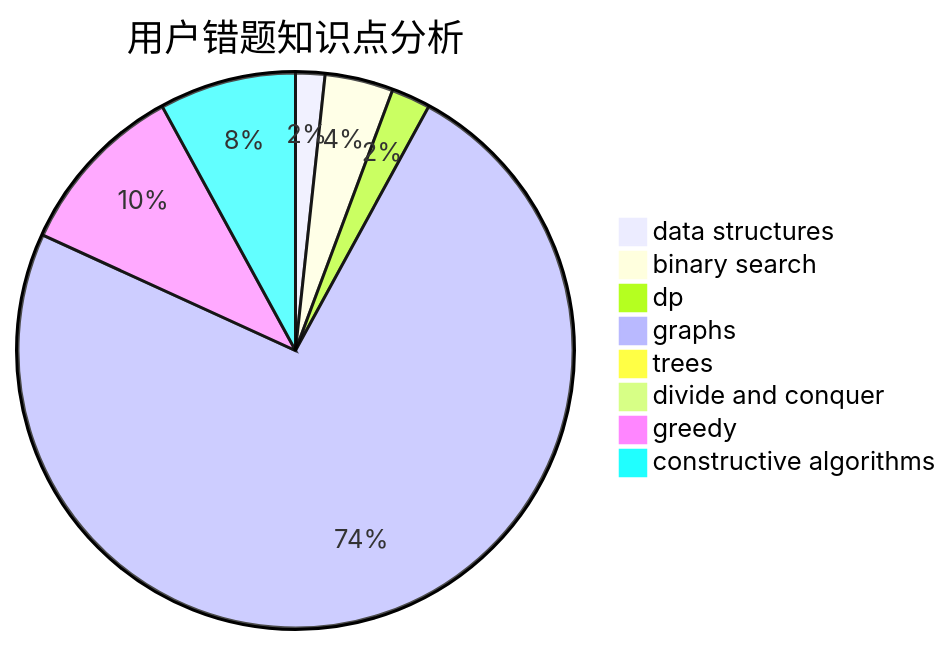
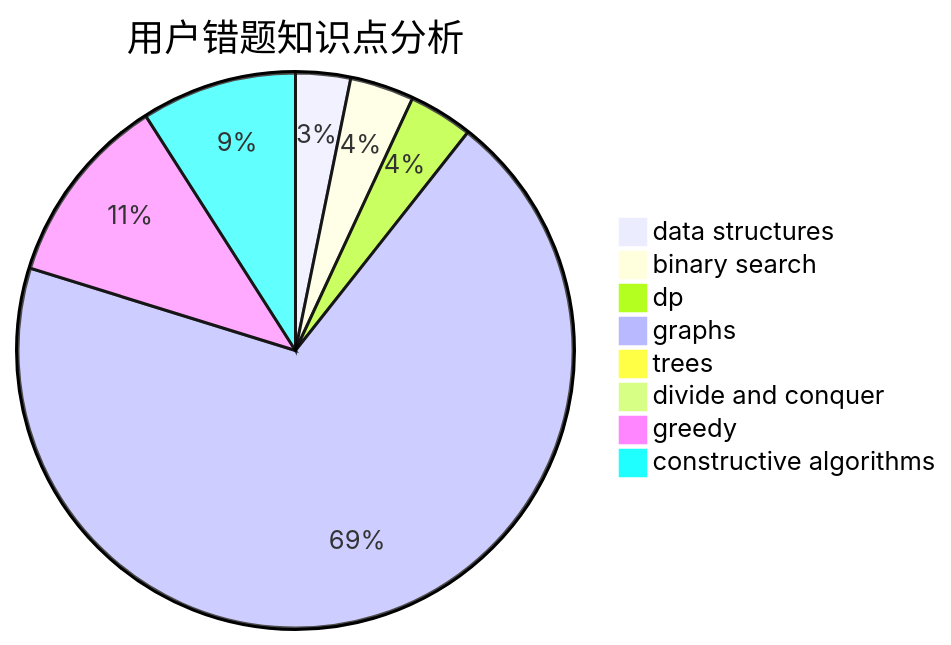
The third of 3 diagrams in docs/user/u2563.md (sherpahu/cfrs.github.io), drawn with Mermaid before and after one commit. The commit also changed other lines of this file and 2770 other files, not shown here.

````diff
--- a/docs/user/u2563.md
+++ b/docs/user/u2563.md
@@ -36,11 +36,11 @@
 ```mermaid
 pie title 用户错题知识点分析
-    "data structures" :  3
+    "data structures" :  6
     "binary search" :  7
-    "dp" :  4
+    "dp" :  7
     "graphs" :  130
     "trees" :  0
     "divide and conquer" :  0
-    "greedy" :  18
-    "constructive algorithms" :  14
+    "greedy" :  21
+    "constructive algorithms" :  17
 ```
````
